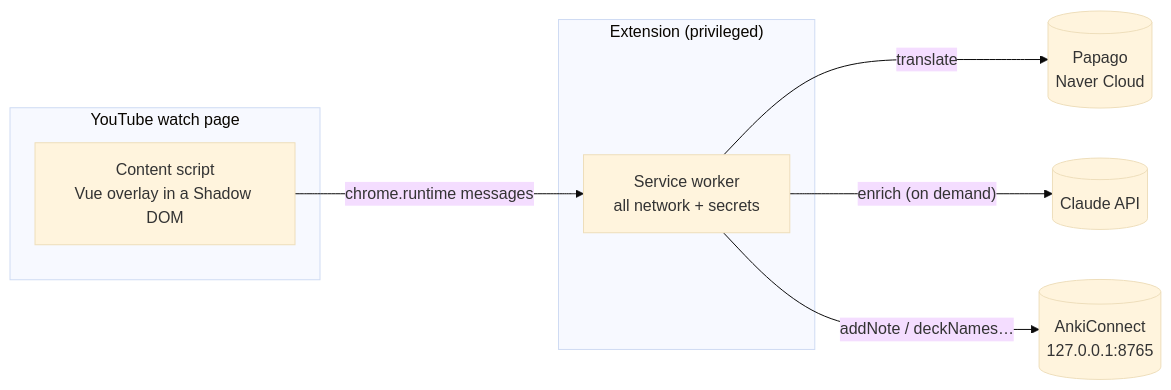
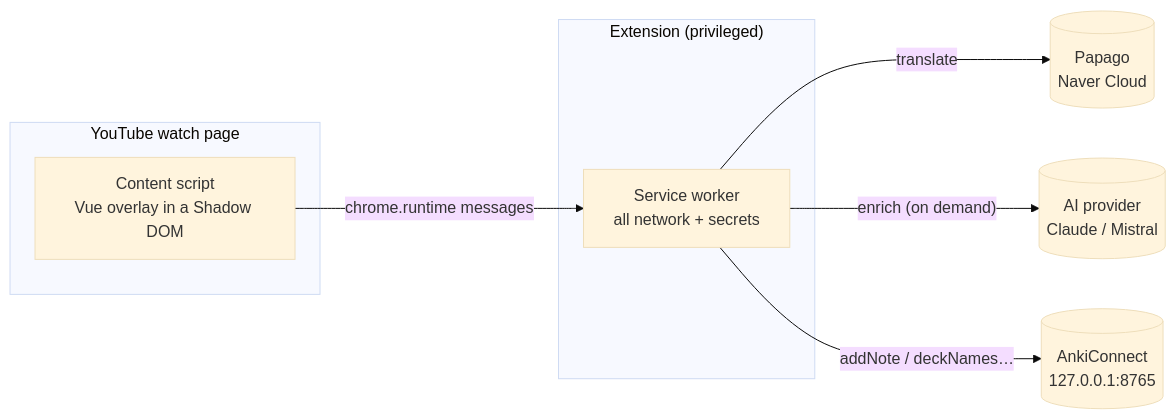
Before and after one commit to benvasseur/korean-anki-miner: the diagram in README.md, drawn with Mermaid (base theme). The commit also changed other lines of this file and 8 other files, not shown here.

First line of the commit message:
Add Mistral as a selectable enrichment provider

````diff
--- a/README.md
+++ b/README.md
@@ -32,13 +32,13 @@
 ```mermaid
 flowchart LR
   subgraph page["YouTube watch page"]
     cs["Content script<br/>Vue overlay in a Shadow DOM"]
   end
   subgraph ext["Extension (privileged)"]
     sw["Service worker<br/>all network + secrets"]
   end
   cs -- "chrome.runtime messages" --> sw
   sw -- "translate" --> papago[("Papago<br/>Naver Cloud")]
-  sw -- "enrich (on demand)" --> claude[("Claude API")]
+  sw -- "enrich (on demand)" --> ai[("AI provider<br/>Claude / Mistral")]
   sw -- "addNote / deckNames…" --> anki[("AnkiConnect<br/>127.0.0.1:8765")]
 ```
````
